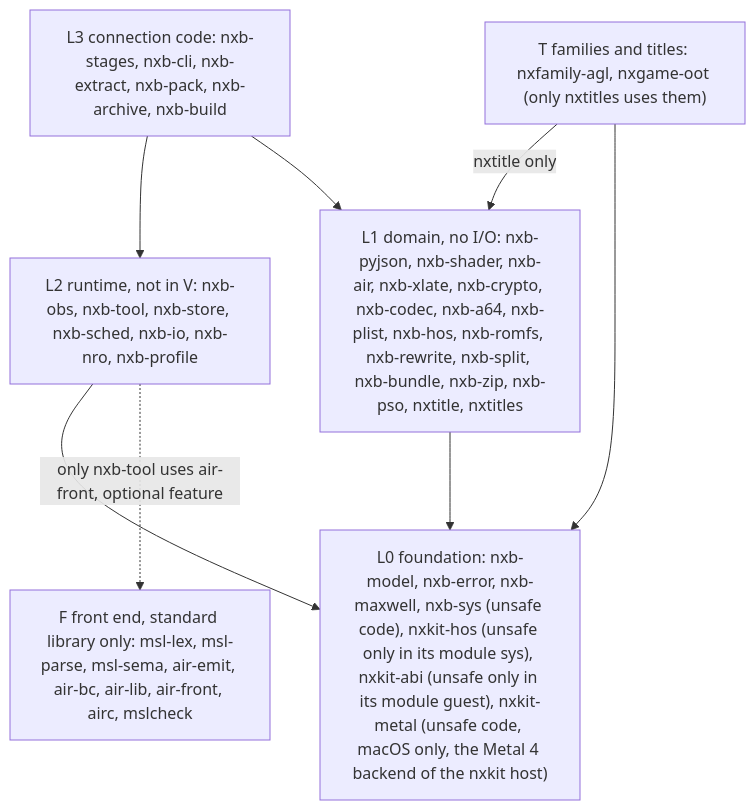
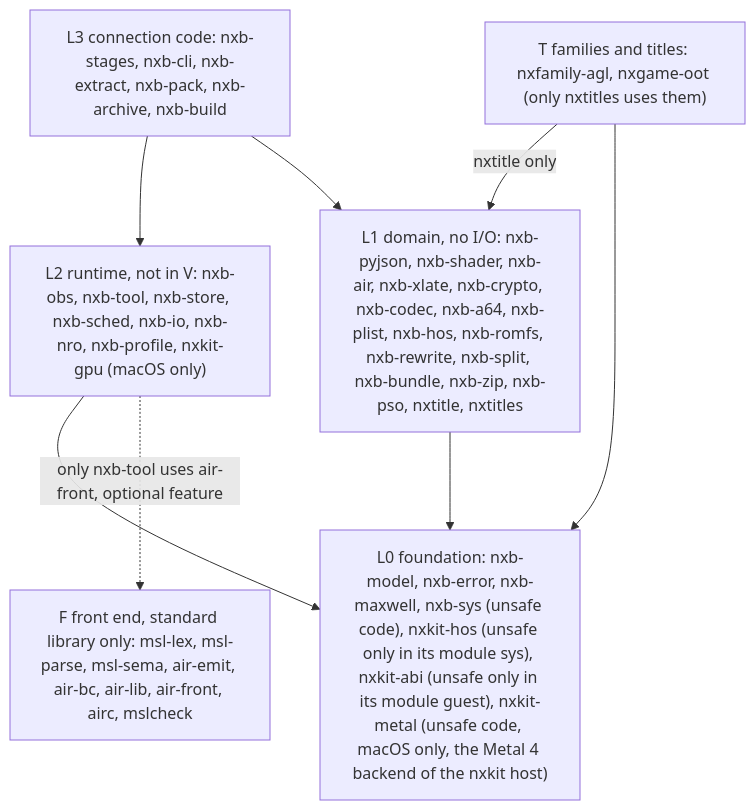
Before and after one commit to b4f8abbb24dbf56a7d0280f296e16eeb/nxkit: the first of 2 diagrams in docs/architecture.md, drawn with Mermaid. The commit also changed other lines of this file and 5 other files, not shown here.

Commit message:
Document nxkit-gpu and add decisions R25 to R27

````diff
--- a/docs/architecture.md
+++ b/docs/architecture.md
@@ -19,14 +19,14 @@
 ```mermaid
 flowchart TD
   L3["L3 connection code: nxb-stages, nxb-cli, nxb-extract, nxb-pack, nxb-archive, nxb-build"]
-  L2["L2 runtime, not in V: nxb-obs, nxb-tool, nxb-store, nxb-sched, nxb-io, nxb-nro, nxb-profile"]
+  L2["L2 runtime, not in V: nxb-obs, nxb-tool, nxb-store, nxb-sched, nxb-io, nxb-nro, nxb-profile, nxkit-gpu (macOS only)"]
   L1["L1 domain, no I/O: nxb-pyjson, nxb-shader, nxb-air, nxb-xlate, nxb-crypto, nxb-codec, nxb-a64, nxb-plist, nxb-hos, nxb-romfs, nxb-rewrite, nxb-split, nxb-bundle, nxb-zip, nxb-pso, nxtitle, nxtitles"]
   L0["L0 foundation: nxb-model, nxb-error, nxb-maxwell, nxb-sys (unsafe code), nxkit-hos (unsafe only in its module sys), nxkit-abi (unsafe only in its module guest), nxkit-metal (unsafe code, macOS only, the Metal 4 backend of the nxkit host)"]
   LT["T families and titles: nxfamily-agl, nxgame-oot (only nxtitles uses them)"]
   LF["F front end, standard library only: msl-lex, msl-parse, msl-sema, air-emit, air-bc, air-lib, air-front, airc, mslcheck"]
   L3 --> L2 --> L0
   L3 --> L1 --> L0
   LT -->|nxtitle only| L1
   LT --> L0
   L2 -.->|only nxb-tool uses air-front, optional feature| LF
 ```
````
